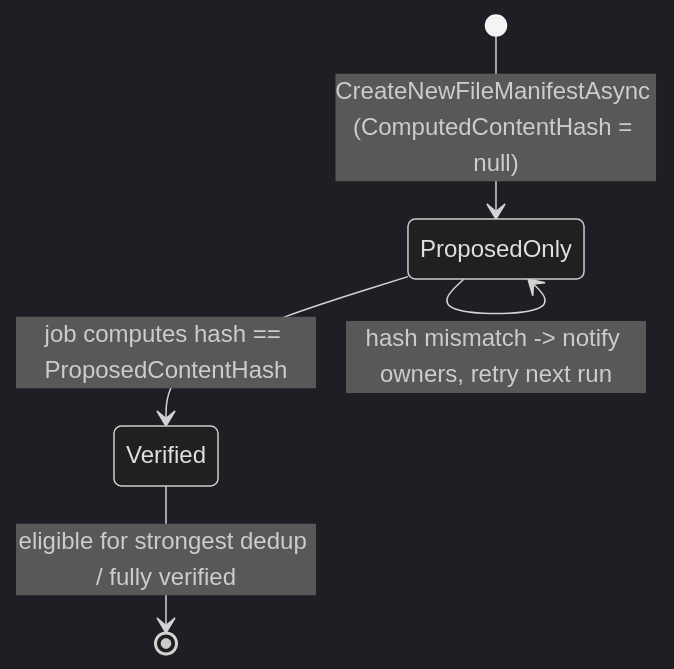
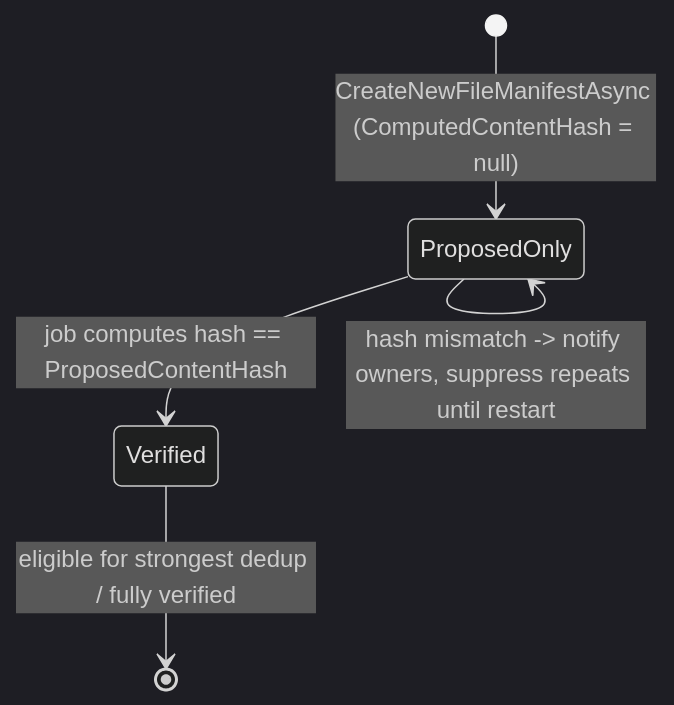
The second of 4 diagrams in docs/technical/09-upload-file-lifecycle.md (bvdcode/cotton), drawn with Mermaid (dark theme) before and after one commit. The commit also changed other lines of this file and 4 other files, not shown here.

````diff
--- a/docs/technical/09-upload-file-lifecycle.md
+++ b/docs/technical/09-upload-file-lifecycle.md
@@ -176,7 +176,7 @@
 ```mermaid
 stateDiagram-v2
     [*] --> ProposedOnly: CreateNewFileManifestAsync (ComputedContentHash = null)
     ProposedOnly --> Verified: job computes hash == ProposedContentHash
-    ProposedOnly --> ProposedOnly: hash mismatch -> notify owners, retry next run
+    ProposedOnly --> ProposedOnly: hash mismatch -> notify owners, suppress repeats until restart
     Verified --> [*]: eligible for strongest dedup / fully verified
 ```
````
